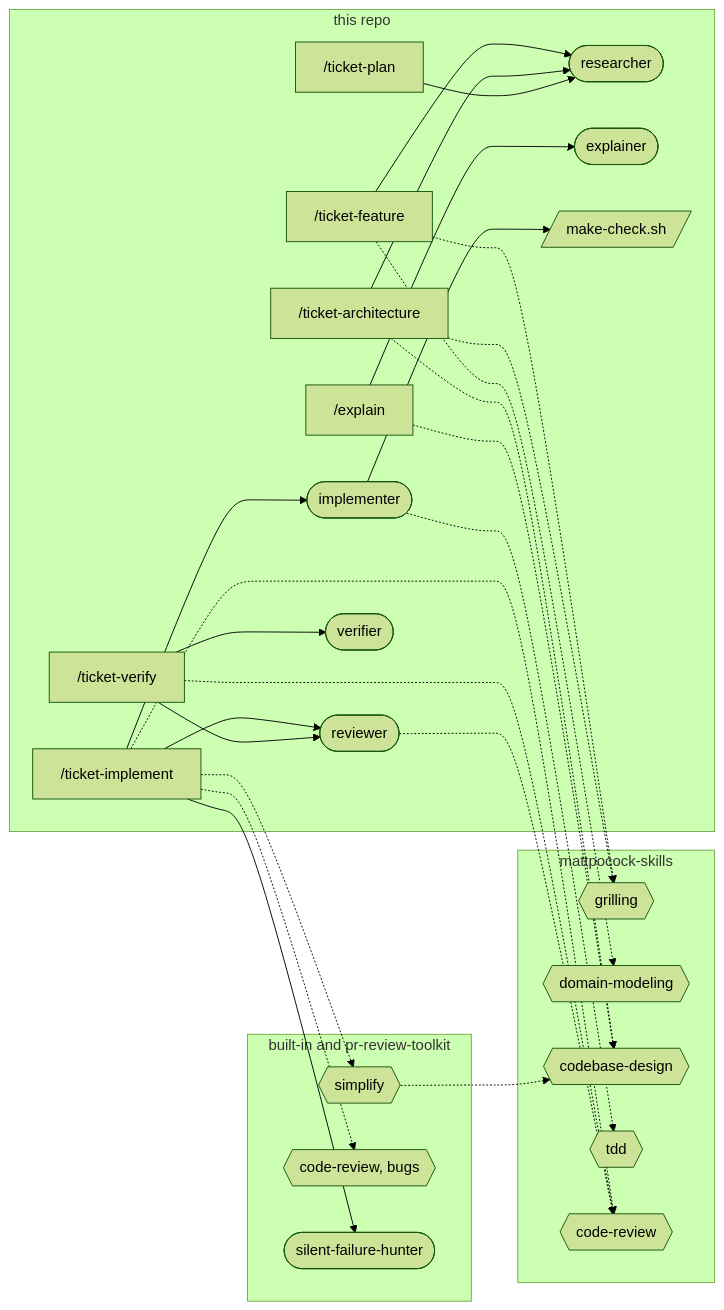
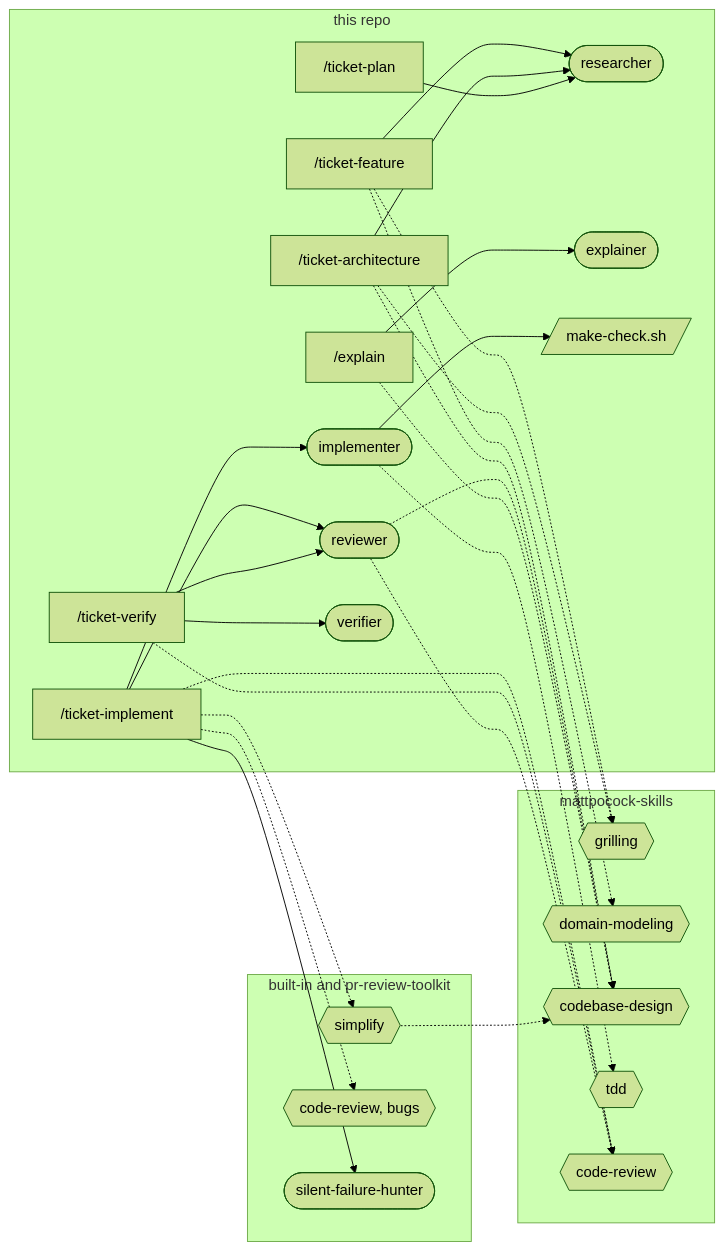
Before and after one commit to khotei/app-template: the second of 3 diagrams in docs/knowledge/sdd.md, drawn with Mermaid (forest theme). The commit also changed other lines of this file and 1 other file, not shown here.

First line of the commit message:
:memo: docs(sdd): Review a behaviour step's depth

````diff
--- a/docs/knowledge/sdd.md
+++ b/docs/knowledge/sdd.md
@@ -74,45 +74,45 @@
 ```mermaid
 graph LR
   subgraph ours [this repo]
     feature["/ticket-feature"]
     arch["/ticket-architecture"]
     plan["/ticket-plan"]
     impl["/ticket-implement"]
     verify["/ticket-verify"]
     explain["/explain"]
     researcher([researcher])
     implementer([implementer])
     reviewer([reviewer])
     verifier([verifier])
     explainer([explainer])
     hook[/make-check.sh/]
   end
   subgraph plugin [mattpocock-skills]
     grilling{{grilling}}
     modeling{{domain-modeling}}
     design{{codebase-design}}
     tdd{{tdd}}
     review{{code-review}}
   end
   subgraph builtin [built-in and pr-review-toolkit]
     simplify{{simplify}}
     bugs{{code-review, bugs}}
     hunter([silent-failure-hunter])
   end
   feature -.-> grilling & modeling
   feature --> researcher
   arch -.-> design & grilling
   arch --> researcher
   plan --> researcher
   impl --> implementer & reviewer
   impl -.-> review & simplify & bugs
   simplify -.-> design
   impl --> hunter
   implementer -.-> tdd
   implementer --> hook
   verify --> verifier & reviewer
   verify -.-> review
-  reviewer -.-> review
+  reviewer -.-> review & design
   explain --> explainer
   explain -.-> design
 ```
````
